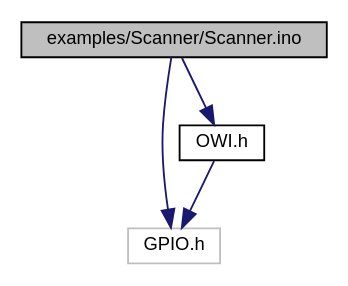
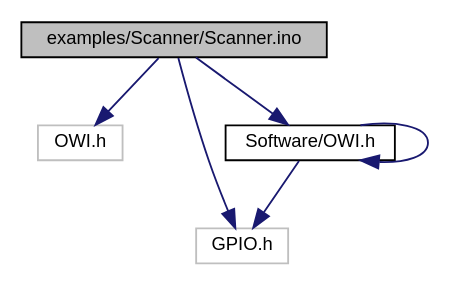
The diagram in Arduino-OWI/dc/daf/Scanner_8ino__incl.dot (mikaelpatel/mikaelpatel.github.io), drawn with Graphviz before and after one commit. The commit also changed 190 other files, not shown here.

```diff
--- a/Arduino-OWI/dc/daf/Scanner_8ino__incl.dot
+++ b/Arduino-OWI/dc/daf/Scanner_8ino__incl.dot
@@ -1,11 +1,14 @@
 digraph "examples/Scanner/Scanner.ino"
 {
   edge [fontname="Helvetica",fontsize="10",labelfontname="Helvetica",labelfontsize="10"];
   node [fontname="Helvetica",fontsize="10",shape=record];
   Node1 [label="examples/Scanner/Scanner.ino",height=0.2,width=0.4,color="black", fillcolor="grey75", style="filled", fontcolor="black"];
   Node1 -> Node2 [color="midnightblue",fontsize="10",style="solid",fontname="Helvetica"];
-  Node2 [label="GPIO.h",height=0.2,width=0.4,color="grey75", fillcolor="white", style="filled"];
+  Node2 [label="OWI.h",height=0.2,width=0.4,color="grey75", fillcolor="white", style="filled"];
   Node1 -> Node3 [color="midnightblue",fontsize="10",style="solid",fontname="Helvetica"];
-  Node3 [label="OWI.h",height=0.2,width=0.4,color="black", fillcolor="white", style="filled",URL="$d5/d27/OWI_8h.html"];
-  Node3 -> Node2 [color="midnightblue",fontsize="10",style="solid",fontname="Helvetica"];
+  Node3 [label="GPIO.h",height=0.2,width=0.4,color="grey75", fillcolor="white", style="filled"];
+  Node1 -> Node4 [color="midnightblue",fontsize="10",style="solid",fontname="Helvetica"];
+  Node4 [label="Software/OWI.h",height=0.2,width=0.4,color="black", fillcolor="white", style="filled",URL="$d7/d2d/Software_2OWI_8h.html"];
+  Node4 -> Node4 [color="midnightblue",fontsize="10",style="solid",fontname="Helvetica"];
+  Node4 -> Node3 [color="midnightblue",fontsize="10",style="solid",fontname="Helvetica"];
 }
```
